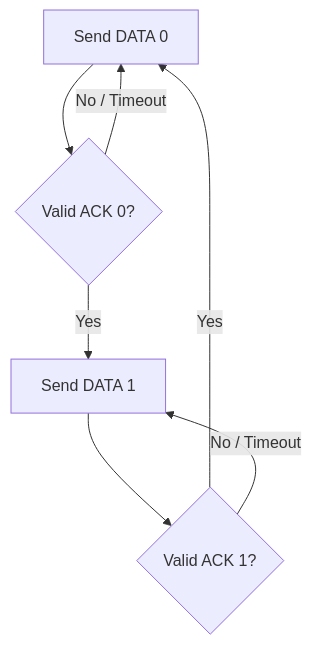
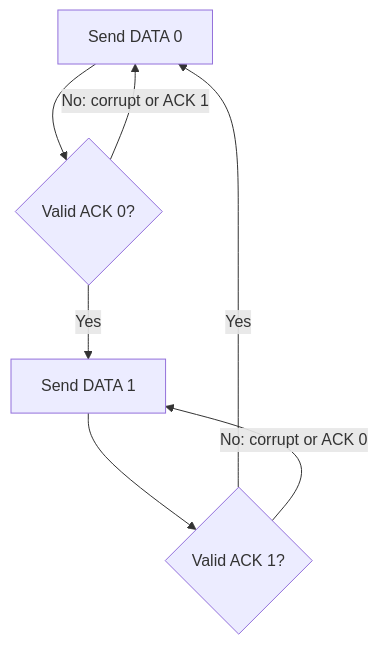
One commit to MarouaBoumkouk/Network-Design-Phase-4 changed the first of 3 diagrams in docs/DESIGN_DOCUMENT.md. Above: the diagram before and after it, drawn with Mermaid. The commit also changed other lines of this file and 1 other file, not shown here.

````diff
--- a/docs/DESIGN_DOCUMENT.md
+++ b/docs/DESIGN_DOCUMENT.md
@@ -101,9 +91,9 @@
 ```mermaid
 flowchart TD
     A["Send DATA 0"] --> B{"Valid ACK 0?"}
     B -->|Yes| C["Send DATA 1"]
-    B -->|No / Timeout| A
+    B -->|No: corrupt or ACK 1| A
     C --> D{"Valid ACK 1?"}
     D -->|Yes| A
-    D -->|No / Timeout| C
+    D -->|No: corrupt or ACK 0| C
 ```
````
